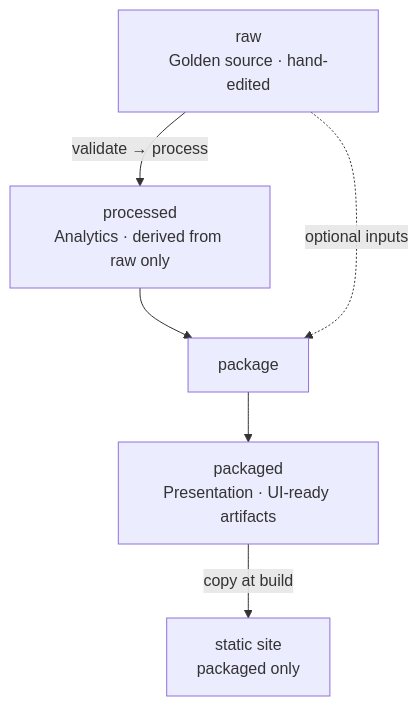
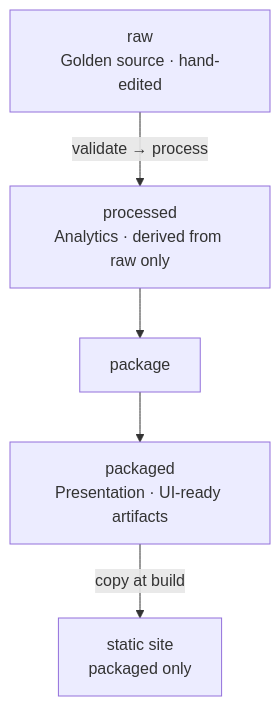
The diagram in docs/adr/adr-003-data-layers.md (ruslanbes/eurovision-top-20), drawn with Mermaid before and after one commit. The commit also changed other lines of this file and 147 other files, not shown here.

````diff
--- a/docs/adr/adr-003-data-layers.md
+++ b/docs/adr/adr-003-data-layers.md
@@ -17,13 +17,12 @@
 ```mermaid
 flowchart TB
   raw["raw<br/>Golden source · hand-edited"]
   processed["processed<br/>Analytics · derived from raw only"]
   packaged["packaged<br/>Presentation · UI-ready artifacts"]
   site["static site<br/>packaged only"]
 
   raw -->|"validate → process"| processed
   processed --> package["package"]
-  raw -.->|"optional inputs"| package
   package --> packaged
   packaged -->|"copy at build"| site
 ```
````
